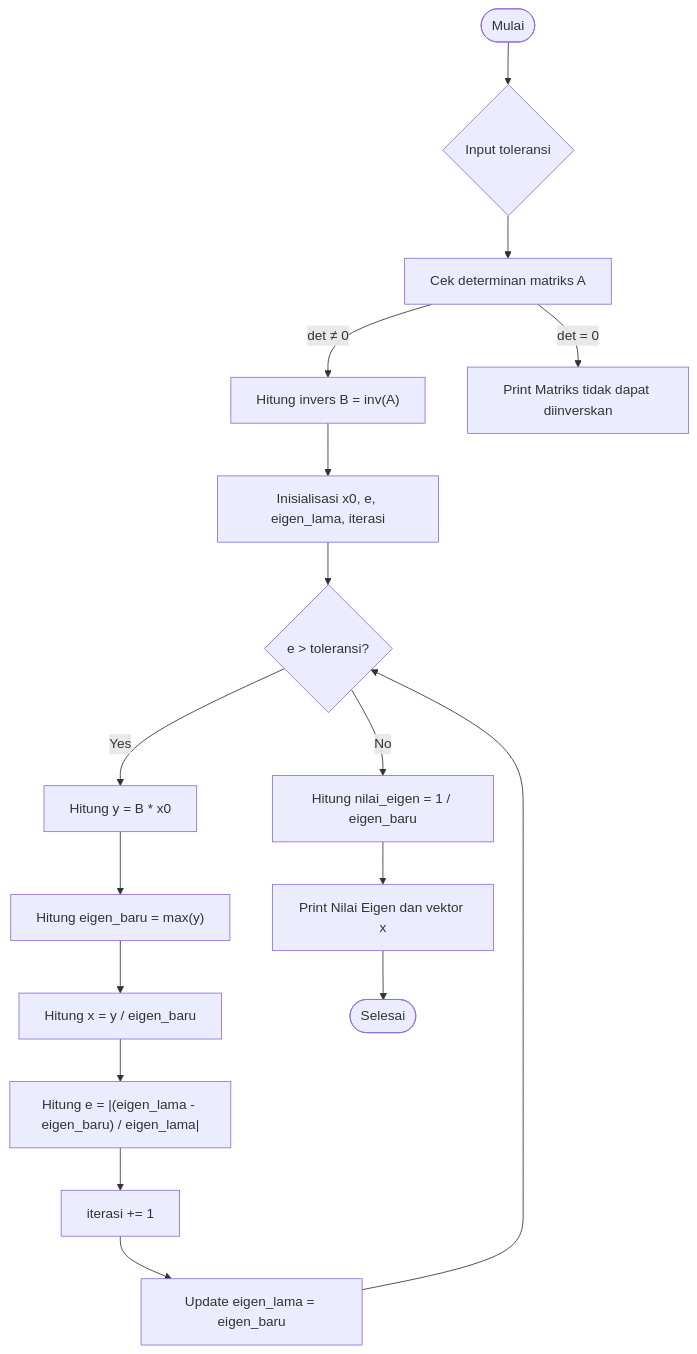
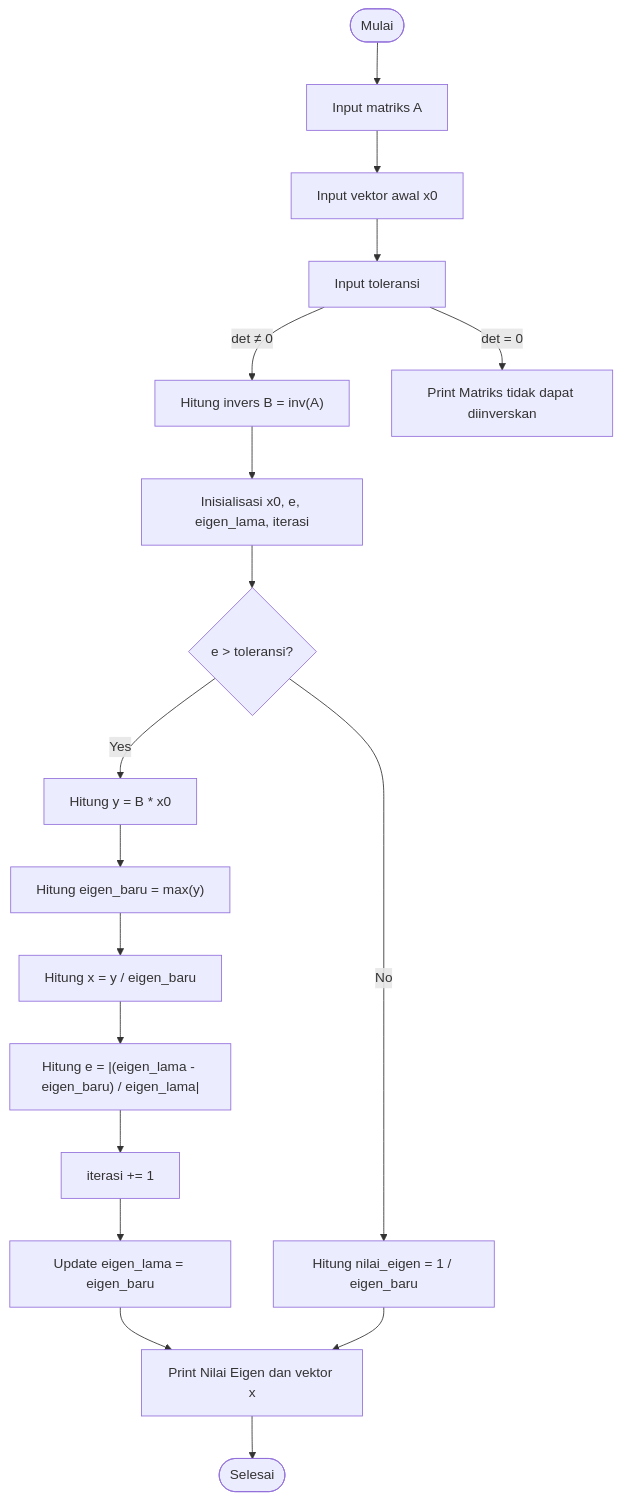
The diagram in Modul-4/Metode inverse power.mmd (aslabkomfis/Komputasi-Numerik-24-25), drawn with Mermaid before and after one commit.

Commit message:
Update Metode inverse power.mmd

```diff
--- a/Modul-4/Metode inverse power.mmd
+++ b/Modul-4/Metode inverse power.mmd
@@ -1,17 +1,18 @@
 graph TD
-  A([Mulai]) --> B{"Input toleransi"}
-  B --> C["Cek determinan matriks A"]
-  C -->|det ≠ 0| D["Hitung invers B = inv(A)"]
-  C -->|det = 0| Z["Print "Matriks tidak dapat diinverskan""]
-  D --> E["Inisialisasi x0, e, eigen_lama, iterasi"]
-  E --> F{"e > toleransi?"}
-  F -- Yes --> G["Hitung y = B * x0"]
-  G --> H["Hitung eigen_baru = max(y)"]
-  H --> I["Hitung x = y / eigen_baru"]
-  I --> J["Hitung e = |(eigen_lama - eigen_baru) / eigen_lama|"]
-  J --> K["iterasi += 1"]
-  K --> L["Update eigen_lama = eigen_baru"]
-  L --> F
-  F -- No --> M["Hitung nilai_eigen = 1 / eigen_baru"]
-  M --> N["Print Nilai Eigen dan vektor x"]
-  N --> O([Selesai])
+  A([Mulai]) --> B["Input matriks A"]
+  B --> C["Input vektor awal x0"]
+  C --> D["Input toleransi"]
+  D -->|det ≠ 0| E["Hitung invers B = inv(A)"]
+  D -->|det = 0| Z["Print "Matriks tidak dapat diinverskan""]
+  E --> F["Inisialisasi x0, e, eigen_lama, iterasi"]
+  F --> G{"e > toleransi?"}
+  G -- Yes --> H["Hitung y = B * x0"]
+  H --> I["Hitung eigen_baru = max(y)"]
+  I --> J["Hitung x = y / eigen_baru"]
+  J --> K["Hitung e = |(eigen_lama - eigen_baru) / eigen_lama|"]
+  K --> L["iterasi += 1"]
+  L --> M["Update eigen_lama = eigen_baru"]
+  M --> Q
+  G -- No --> P["Hitung nilai_eigen = 1 / eigen_baru"]
+  P --> Q["Print Nilai Eigen dan vektor x"]
+  Q --> O([Selesai])
```
